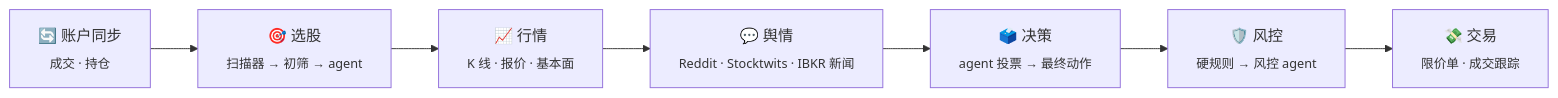
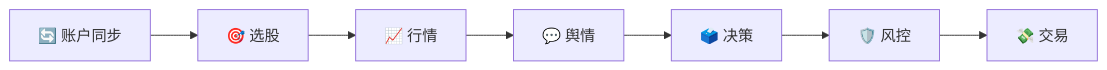
Before and after one commit to ZackCHZhang/SynodTrade: the diagram in README.zh-CN.md, drawn with Mermaid. The commit also changed 1 other file, not shown here.

Commit message:
README: drop subtitles from the pipeline diagram so it stays legible
The stage table right below already describes each stage; with subtitles
the seven-node diagram was scaled down to fit GitHub's content width.

Claude-Session: https://claude.ai/code/session_01AQC8JSdv8Gp9mfwe5qmQzB

````diff
--- a/README.zh-CN.md
+++ b/README.zh-CN.md
@@ -42,9 +42,9 @@
 ```mermaid
 flowchart LR
-    S["🔄 账户同步<br/><sub>成交 · 持仓</sub>"] --> A
-    A["🎯 选股<br/><sub>扫描器 → 初筛 → agent</sub>"] --> B["📈 行情<br/><sub>K 线 · 报价 · 基本面</sub>"]
-    B --> C["💬 舆情<br/><sub>Reddit · Stocktwits · IBKR 新闻</sub>"]
-    C --> D["🗳️ 决策<br/><sub>agent 投票 → 最终动作</sub>"]
-    D --> E["🛡️ 风控<br/><sub>硬规则 → 风控 agent</sub>"]
-    E --> F["💸 交易<br/><sub>限价单 · 成交跟踪</sub>"]
+    S["🔄 账户同步"] --> A
+    A["🎯 选股"] --> B["📈 行情"]
+    B --> C["💬 舆情"]
+    C --> D["🗳️ 决策"]
+    D --> E["🛡️ 风控"]
+    E --> F["💸 交易"]
 ```
````
